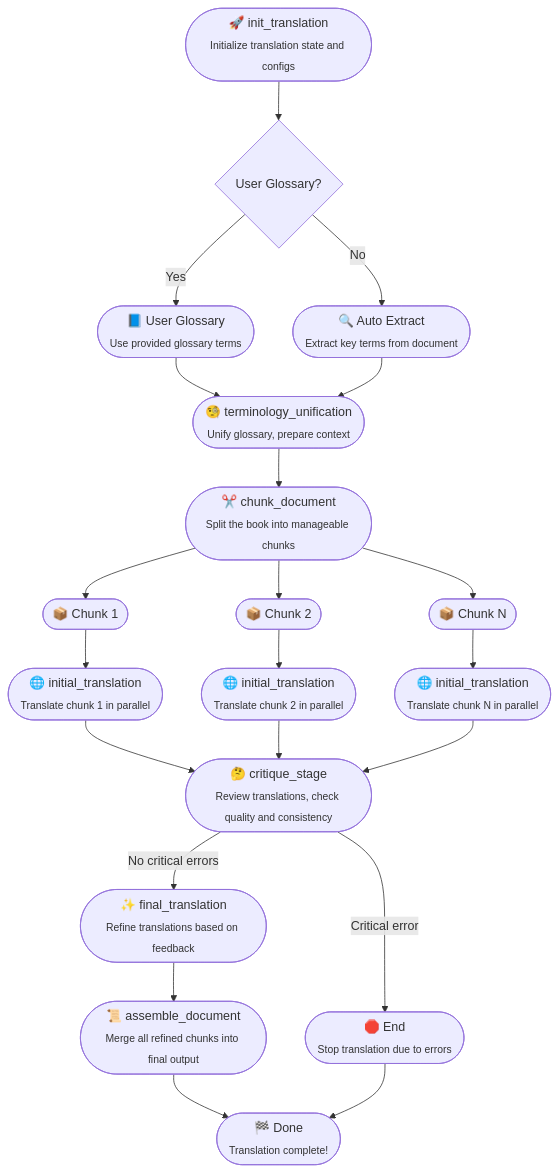
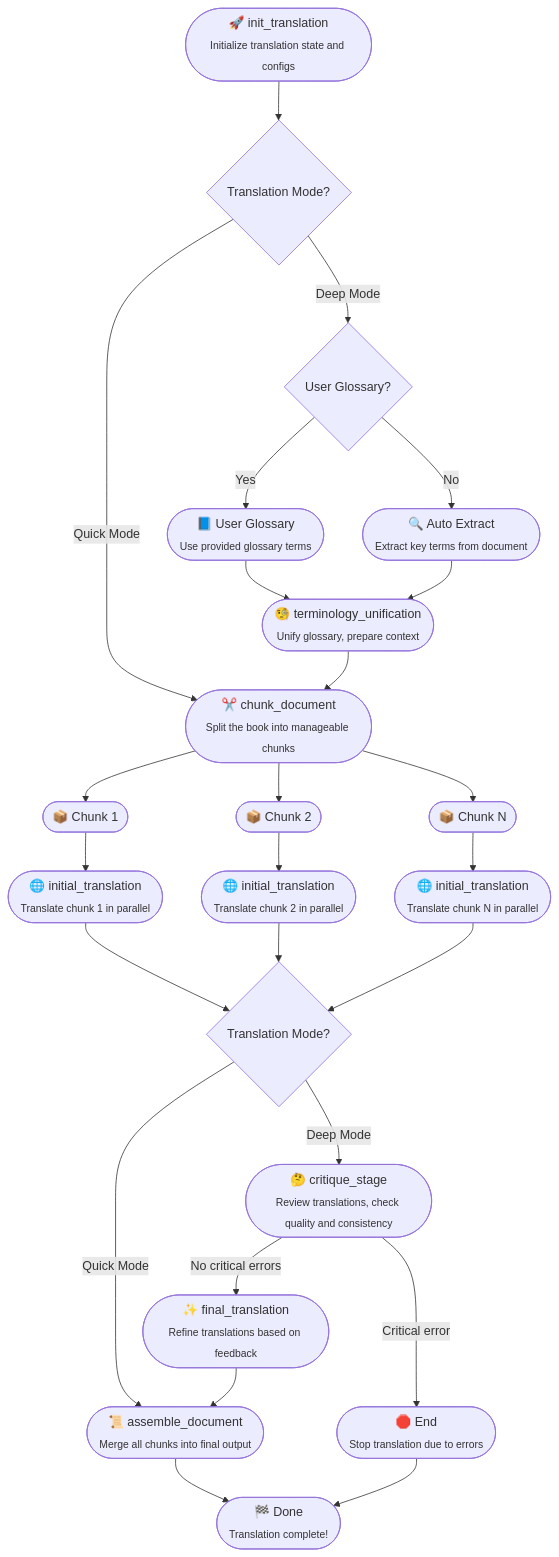
One commit to koukoulala/game-localization changed the diagram in README.md. Above: the diagram before and after it, drawn with Mermaid. The commit also changed other lines of this file and 6 other files, not shown here.

Commit message:
- [NEW] Quick translation Mode vs Deep translation, you can control hwo quick or accurate the translation will be - UI has better sub menue for configurations - Job history include translation mode (Quick or Deep)

````diff
--- a/README.md
+++ b/README.md
@@ -27,38 +35,50 @@
 ```mermaid
 flowchart TD
-    A([🚀 init_translation<br><sub>Initialize translation state and configs</sub>]) --> AA{User Glossary?}
+    A([🚀 init_translation<br><sub>Initialize translation state and configs</sub>]) --> Mode{Translation Mode?}
     
-    %% Glossary path decision
+    %% Mode decision
+    Mode -->|Quick Mode| C([✂️ chunk_document<br><sub>Split the book into manageable chunks</sub>])
+    Mode -->|Deep Mode| AA{User Glossary?}
+    
+    %% Glossary path decision (Deep Mode only)
     AA -->|Yes| AB([📘 User Glossary<br><sub>Use provided glossary terms</sub>])
     AA -->|No| AC([🔍 Auto Extract<br><sub>Extract key terms from document</sub>])
     
-    %% Both paths lead to terminology unification
+    %% Both glossary paths lead to terminology unification
     AB --> B([🧐 terminology_unification<br><sub>Unify glossary, prepare context</sub>])
     AC --> B
     
-    B --> C([✂️ chunk_document<br><sub>Split the book into manageable chunks</sub>])
+    B --> C
 
     %% Chunking produces multiple chunks
     C --> D1([📦 Chunk 1])
     C --> D2([📦 Chunk 2])
     C --> D3([📦 Chunk N])
 
     %% Parallel translation workers
     D1 --> E1([🌐 initial_translation<br><sub>Translate chunk 1 in parallel</sub>])
     D2 --> E2([🌐 initial_translation<br><sub>Translate chunk 2 in parallel</sub>])
     D3 --> E3([🌐 initial_translation<br><sub>Translate chunk N in parallel</sub>])
 
-    %% Merge all translations
-    E1 --> F([🤔 critique_stage<br><sub>Review translations, check quality and consistency</sub>])
-    E2 --> F
-    E3 --> F
+    %% Mode-based path after translation
+    E1 --> ModeAfter{Translation Mode?}
+    E2 --> ModeAfter
+    E3 --> ModeAfter
+    
+    %% Quick Mode path
+    ModeAfter -->|Quick Mode| I([📜 assemble_document<br><sub>Merge all chunks into final output</sub>])
+    
+    %% Deep Mode path
+    ModeAfter -->|Deep Mode| F([🤔 critique_stage<br><sub>Review translations, check quality and consistency</sub>])
 
     %% Decision after critique
     F --> |No critical errors| G([✨ final_translation<br><sub>Refine translations based on feedback</sub>])
     F --> |Critical error| H([🛑 End<br><sub>Stop translation due to errors</sub>])
 
-    G --> I([📜 assemble_document<br><sub>Merge all refined chunks into final output</sub>])
+    G --> I
     I --> J([🏁 Done<br><sub>Translation complete!</sub>])
 
     H --> J
+    
+
 ```
````
